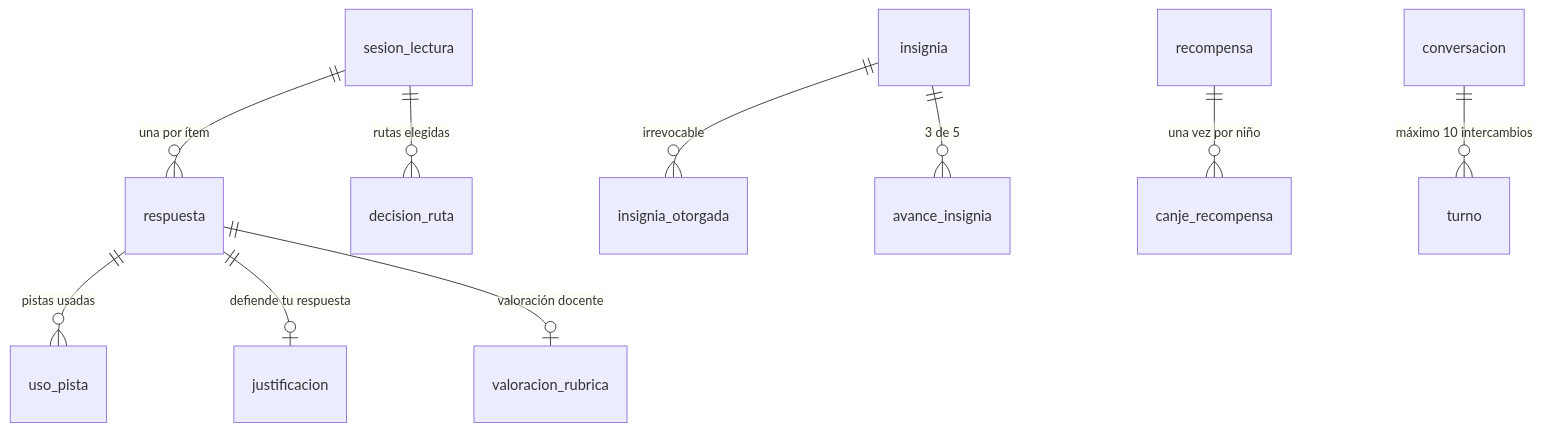
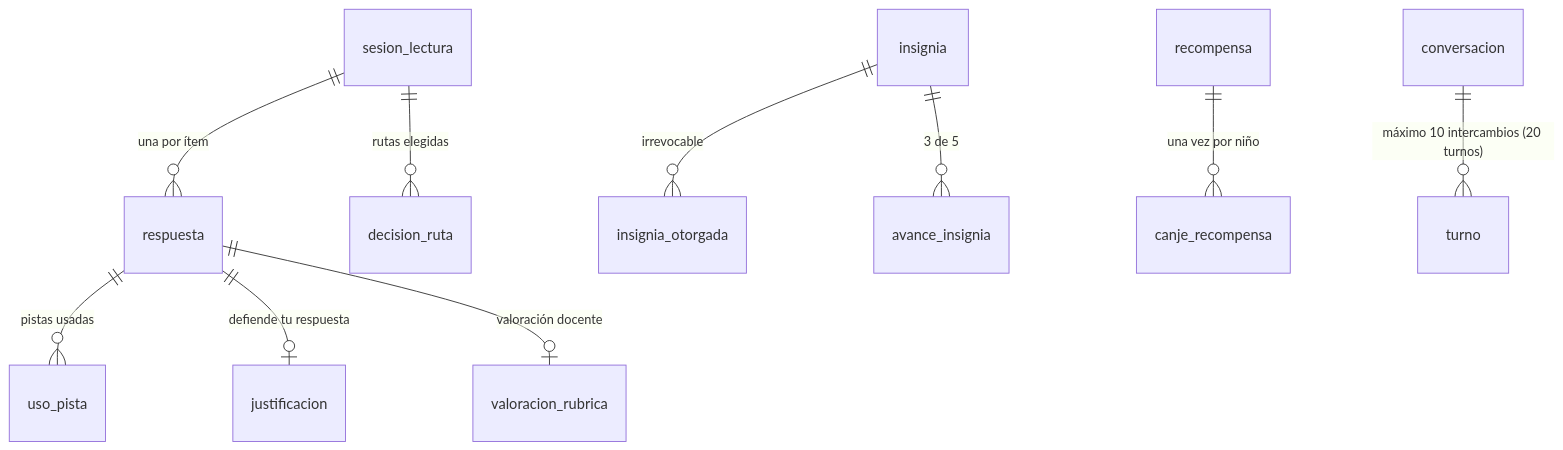
The third of 3 diagrams in docs/datos/modelo-de-datos.md (mireell-01/GESTION_WEB_LECTURA), drawn with Mermaid before and after one commit. The commit also changed other lines of this file and 88 other files, not shown here.

````diff
--- a/docs/datos/modelo-de-datos.md
+++ b/docs/datos/modelo-de-datos.md
@@ -82,12 +82,12 @@
 ```mermaid
 erDiagram
   sesion_lectura ||--o{ respuesta : "una por ítem"
   sesion_lectura ||--o{ decision_ruta : "rutas elegidas"
   respuesta ||--o{ uso_pista : "pistas usadas"
   respuesta ||--o| justificacion : "defiende tu respuesta"
   respuesta ||--o| valoracion_rubrica : "valoración docente"
   insignia ||--o{ insignia_otorgada : "irrevocable"
   insignia ||--o{ avance_insignia : "3 de 5"
   recompensa ||--o{ canje_recompensa : "una vez por niño"
-  conversacion ||--o{ turno : "máximo 10 intercambios"
+  conversacion ||--o{ turno : "máximo 10 intercambios (20 turnos)"
 ```
````
